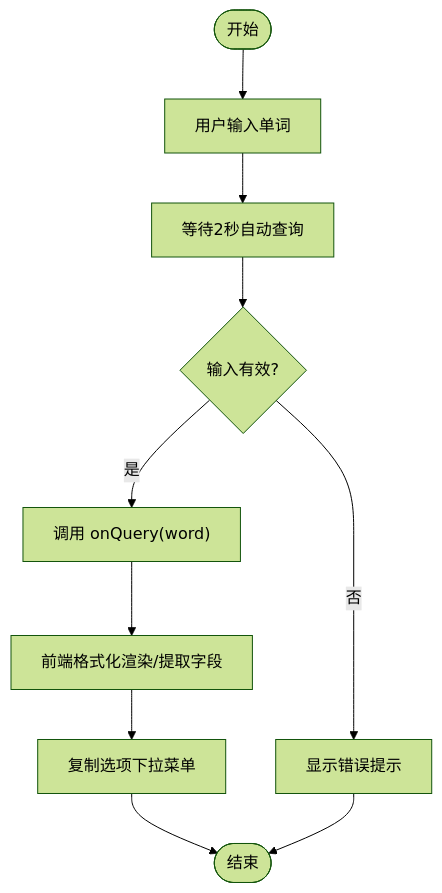
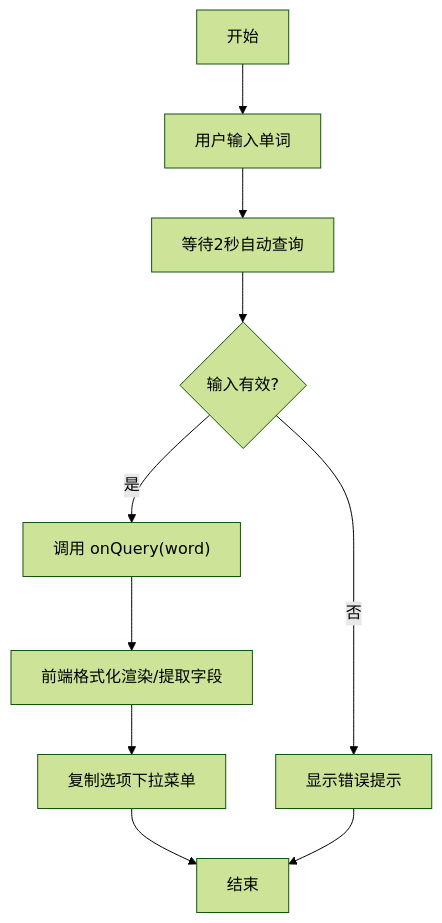
One commit to 851039536/siyuanPluginVueSN changed the third of 6 diagrams in .qoder/repowiki/zh/content/功能模块详解/词典查询.md. Above: the diagram before and after it, drawn with Mermaid (forest theme). The commit also changed other lines of this file and 9 other files, not shown here.

````diff
--- a/.qoder/repowiki/zh/content/功能模块详解/词典查询.md
+++ b/.qoder/repowiki/zh/content/功能模块详解/词典查询.md
@@ -149,12 +162,12 @@
 ```mermaid
 flowchart TD
-Start(["开始"]) --> Input["用户输入单词"]
+Start["开始"] --> Input["用户输入单词"]
 Input --> AutoDelay["等待2秒自动查询"]
 AutoDelay --> Validate{"输入有效?"}
 Validate -- 否 --> ShowError["显示错误提示"]
 Validate -- 是 --> CallOnQuery["调用 onQuery(word)"]
 CallOnQuery --> Render["前端格式化渲染/提取字段"]
 Render --> CopyMenu["复制选项下拉菜单"]
-CopyMenu --> End(["结束"])
+CopyMenu --> End["结束"]
 ShowError --> End
 ```
````
